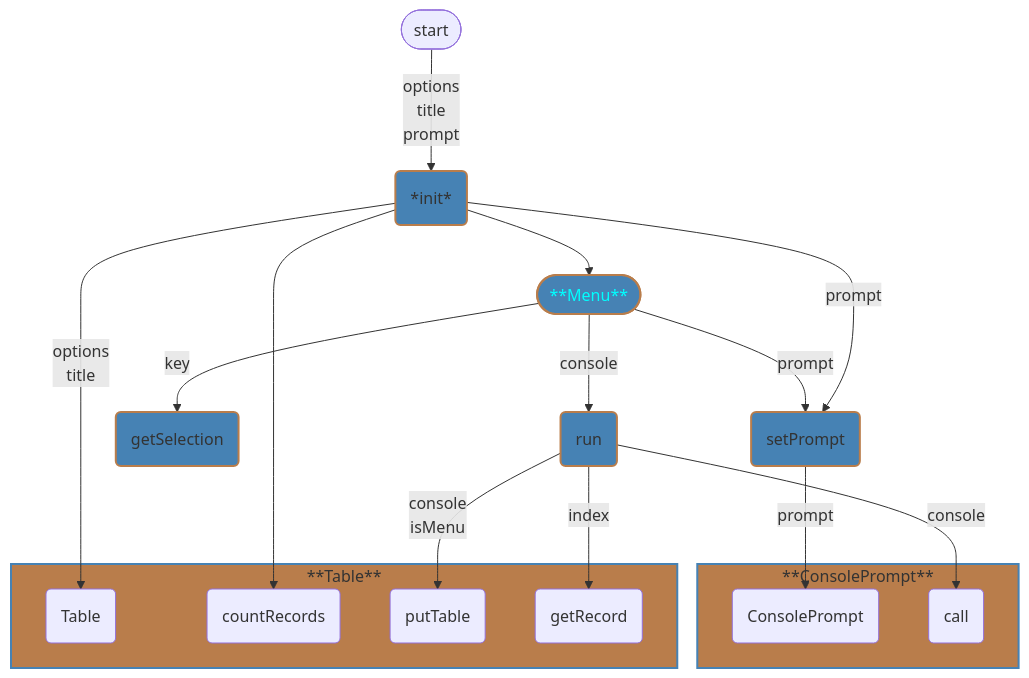
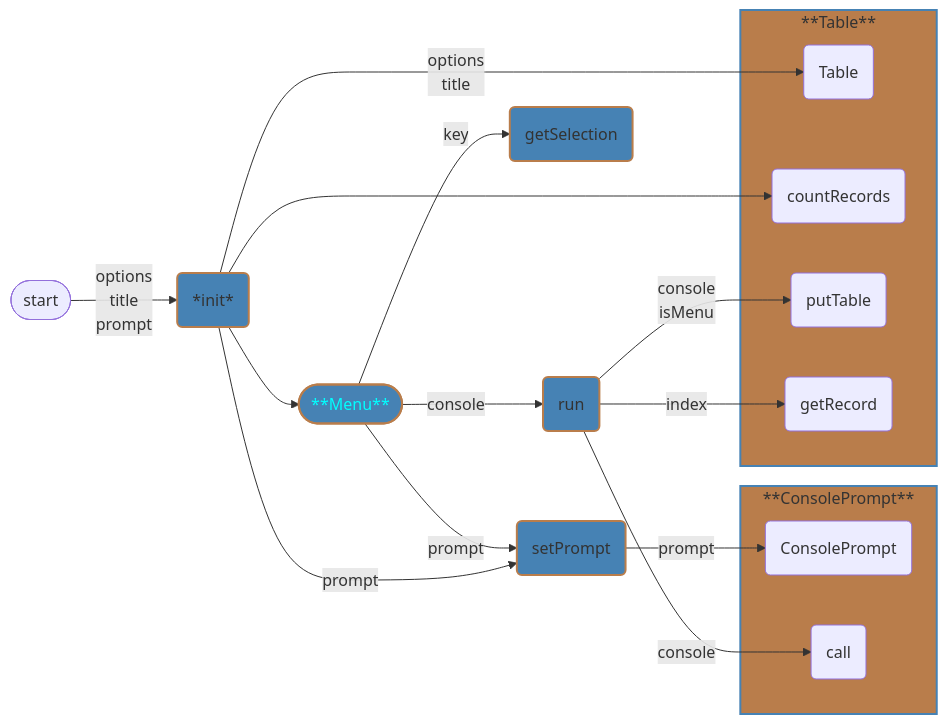
The first of 3 diagrams in scripts/menu/design.md (7s4e/p3), drawn with Mermaid before and after one commit. The commit also changed other lines of this file and 1 other file, not shown here.

````diff
--- a/scripts/menu/design.md
+++ b/scripts/menu/design.md
@@ -9,39 +9,39 @@
 ```mermaid
-graph
+graph LR
     style MNYU fill:#4682b4,stroke:#b97d4b,stroke-width:2px,color:#0ff
     style T fill:#b97d4b,stroke:#4682b4,stroke-width:2px
     style CP fill:#b97d4b,stroke:#4682b4,stroke-width:2px
     classDef method fill:#4682b4,stroke:#b97d4b,stroke-width:2px
     STRT([start])
         STRT -- options
                 title
                 prompt  --> INIT
     INIT(*init*):::method
         INIT -- options
                 title   --> TBLE
         INIT            --> CREC
         INIT -- prompt  --> SPMT
         INIT            --> MNYU
     MNYU([**Menu**])
         MNYU -- prompt  --> SPMT
         MNYU -- key     --> GSLC
         MNYU -- console --> RNMN
     SPMT(setPrompt):::method
         SPMT -- prompt --> CPMT
     RNMN(run):::method
         RNMN -- console
                 isMenu  --> PTBL
         RNMN -- console --> CLLP
         RNMN -- index   --> GREC
     GSLC(getSelection):::method
     subgraph T [**Table**]
         TBLE(Table)
         CREC(countRecords)
         PTBL(putTable)
         GREC(getRecord)
     end
     subgraph CP [**ConsolePrompt**]
         CPMT(ConsolePrompt)
         CLLP(call)
     end
 ```
````
